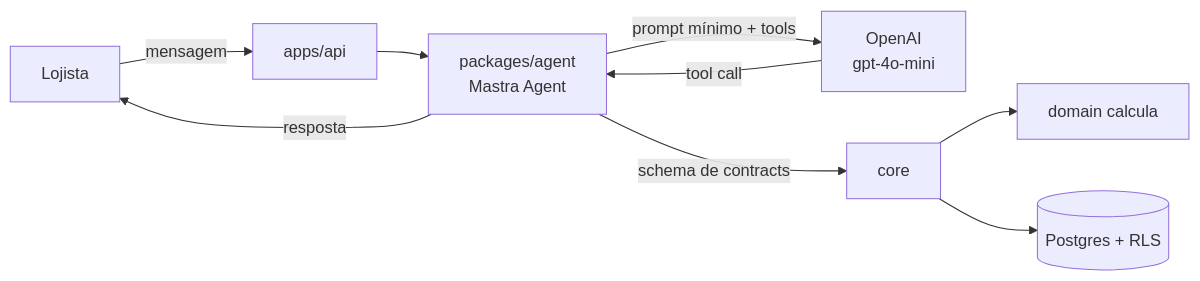
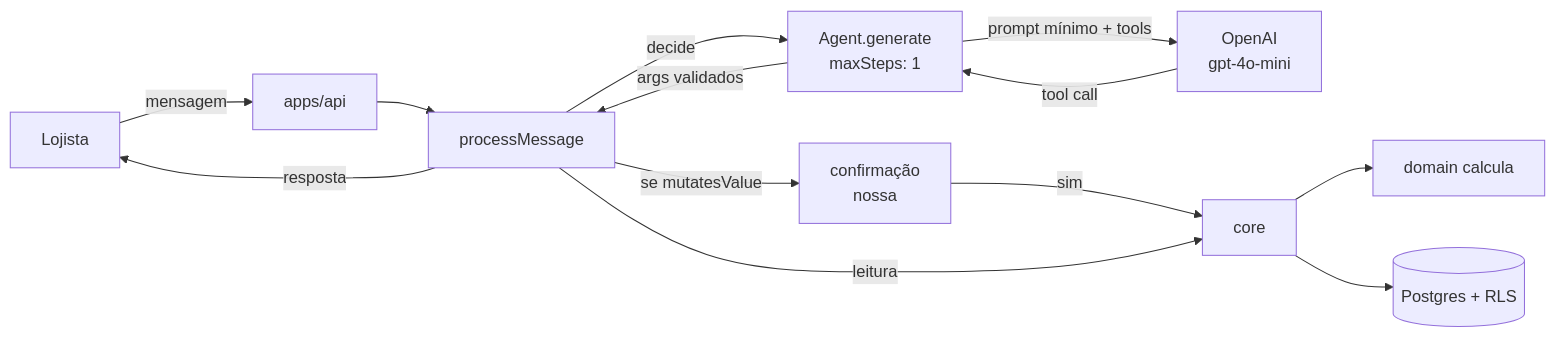
The diagram in docs/arquitetura/integracoes/mastra.md (Ei-buddy/ei-buddy), drawn with Mermaid before and after one commit. The commit also changed other lines of this file and 15 other files, not shown here.

First line of the commit message:
docs: update architecture documentation and integrate Mastra details

````diff
--- a/docs/arquitetura/integracoes/mastra.md
+++ b/docs/arquitetura/integracoes/mastra.md
@@ -23,11 +29,15 @@
 ```mermaid
 flowchart LR
   L["Lojista"] -->|"mensagem"| API["apps/api"]
-  API --> AG["packages/agent<br/>Mastra Agent"]
+  API --> PM["processMessage"]
+  PM -->|"decide"| AG["Agent.generate<br/>maxSteps: 1"]
   AG -->|"prompt mínimo + tools"| OAI["OpenAI<br/>gpt-4o-mini"]
   OAI -->|"tool call"| AG
-  AG -->|"schema de contracts"| C["core"]
+  AG -->|"args validados"| PM
+  PM -->|"se mutatesValue"| CONF["confirmação<br/>nossa"]
+  CONF -->|"sim"| C["core"]
+  PM -->|"leitura"| C
   C --> D["domain calcula"]
   C --> DB[("Postgres + RLS")]
-  AG -->|"resposta"| L
+  PM -->|"resposta"| L
 ```
````
